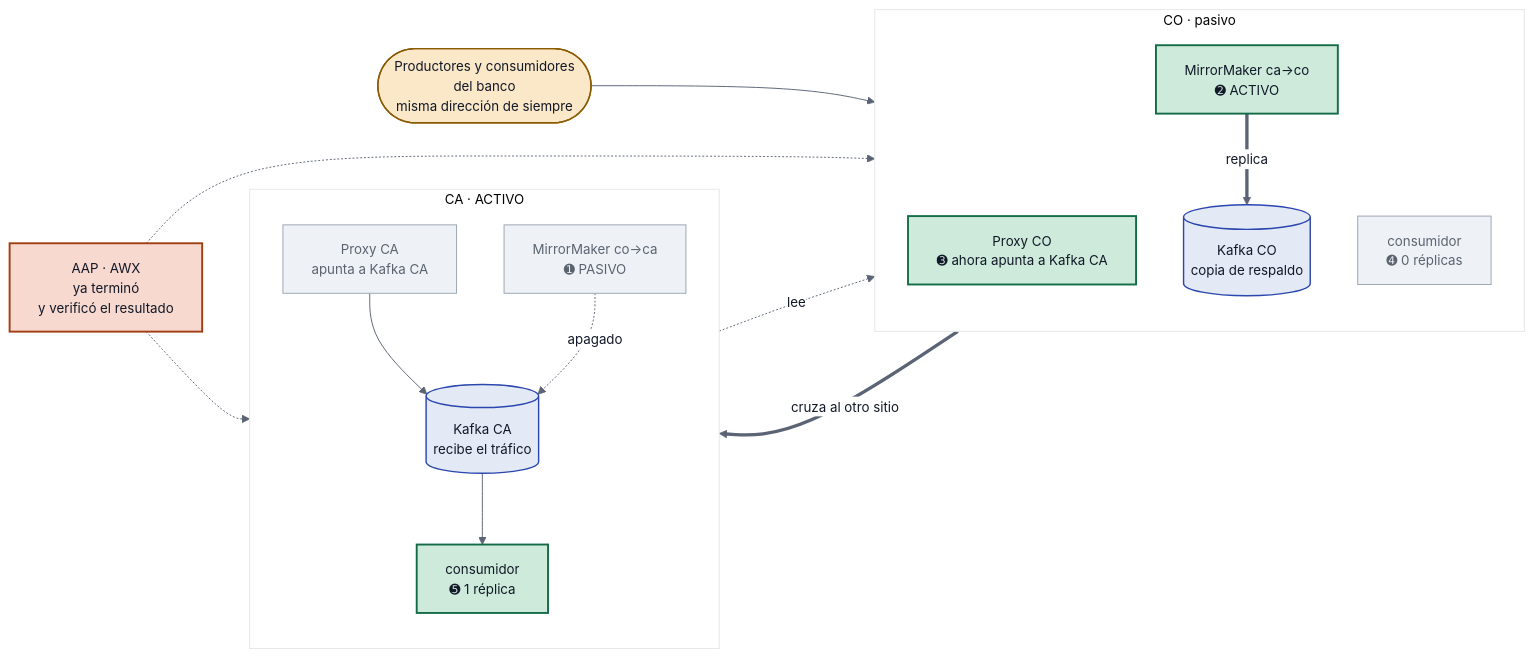
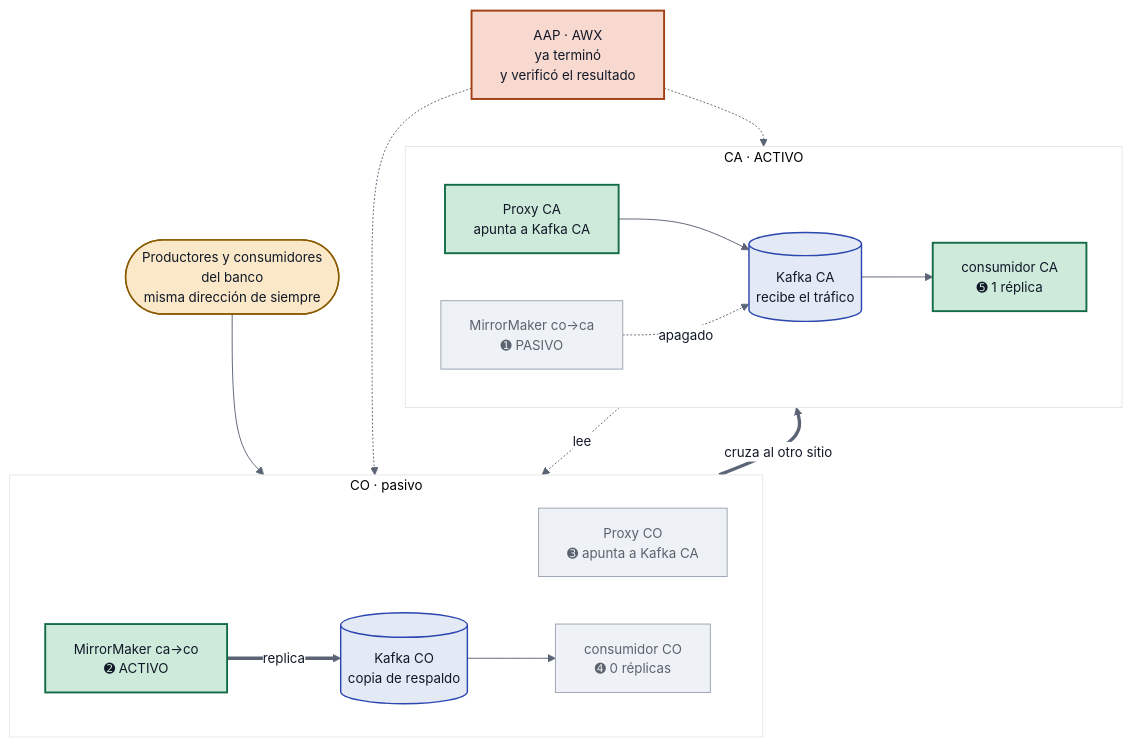
The second of 3 diagrams in README.md (Crittan01/aap-kafka-automation), drawn with Mermaid before and after one commit. The commit also changed other lines of this file, not shown here.

Commit message:
README: misma estructura en los dos diagramas de topologia
Mermaid los acomodaba distinto segun las flechas, asi que las piezas caian en
lugares diferentes y comparar antes contra despues no servia. Ahora los dos
declaran CO arriba y CA abajo, cada sitio como una banda horizontal y el mismo
orden de piezas: proxy, kafka, consumidor, mirrormaker. La unica diferencia
visible pasa a ser la que importa.

````diff
--- a/README.md
+++ b/README.md
@@ -95,44 +97,46 @@
 ```mermaid
 %%{init: {'theme':'base','themeVariables':{'primaryColor':'#eef2f7','primaryTextColor':'#111827','primaryBorderColor':'#5a6474','lineColor':'#5a6474','secondaryColor':'#e3eaf5','tertiaryColor':'#ffffff','background':'#ffffff','mainBkg':'#eef2f7','textColor':'#111827','edgeLabelBackground':'#ffffff','labelBackground':'#ffffff','labelBoxBkgColor':'#ffffff','labelTextColor':'#111827','fontSize':'14px'}}}%%
-flowchart LR
-    AAP["AAP · AWX<br/>ya terminó<br/>y verificó el resultado"]
+flowchart TB
     CLI([Productores y consumidores<br/>del banco<br/>misma dirección de siempre])
 
-    subgraph CO2["CO · pasivo"]
-        direction TB
-        PCO2["Proxy CO<br/>➌ ahora apunta a Kafka CA"]
-        KCO2[("Kafka CO<br/>copia de respaldo")]
-        ACO2["consumidor<br/>➍ 0 réplicas"]
-        MMA2["MirrorMaker ca→co<br/>➋ ACTIVO"]
+    subgraph CO["CO · pasivo"]
+        direction LR
+        PCO["Proxy CO<br/>➌ apunta a Kafka CA"]
+        KCO[("Kafka CO<br/>copia de respaldo")]
+        ACO["consumidor CO<br/>➍ 0 réplicas"]
+        MMA["MirrorMaker ca→co<br/>➋ ACTIVO"]
+        KCO --> ACO
+        MMA == "replica" ==> KCO
     end
 
-    subgraph CA2["CA · ACTIVO"]
-        direction TB
-        PCA2["Proxy CA<br/>apunta a Kafka CA"]
-        KCA2[("Kafka CA<br/>recibe el tráfico")]
-        ACA2["consumidor<br/>➎ 1 réplica"]
-        MMB2["MirrorMaker co→ca<br/>➊ PASIVO"]
+    subgraph CA["CA · ACTIVO"]
+        direction LR
+        PCA["Proxy CA<br/>apunta a Kafka CA"]
+        KCA[("Kafka CA<br/>recibe el tráfico")]
+        ACA["consumidor CA<br/>➎ 1 réplica"]
+        MMB["MirrorMaker co→ca<br/>➊ PASIVO"]
+        PCA --> KCA
+        KCA --> ACA
+        MMB -. "apagado" .-> KCA
     end
 
-    AAP -.-> CO2
-    AAP -.-> CA2
-    CLI --> PCO2
-    PCO2 == "cruza al otro sitio" ==> KCA2
-    KCA2 --> ACA2
-    KCA2 -. "lee" .-> MMA2
-    MMA2 == "replica" ==> KCO2
-    PCA2 --> KCA2
-    MMB2 -. "apagado" .-> KCA2
+    AAP["AAP · AWX<br/>ya terminó<br/>y verificó el resultado"]
+
+    CLI --> PCO
+    PCO == "cruza al otro sitio" ==> KCA
+    KCA -. "lee" .-> MMA
+    AAP -.-> CO
+    AAP -.-> CA
 
     classDef activo   fill:#cdeadb,stroke:#136c46,color:#111827,stroke-width:2px
     classDef pasivo   fill:#eef2f7,stroke:#9aa4b0,color:#5a636e,stroke-width:1px
     classDef kafka    fill:#e3eaf5,stroke:#2b46ae,color:#111827,stroke-width:1.5px
     classDef externo  fill:#fae8c8,stroke:#8a5a00,color:#111827,stroke-width:1.5px
     classDef orquesta fill:#f7d9cf,stroke:#a13d12,color:#111827,stroke-width:2px
 
-    class PCO2,ACA2,MMA2 activo
-    class PCA2,ACO2,MMB2 pasivo
-    class KCO2,KCA2 kafka
+    class PCA,KCA,ACA,MMA activo
+    class PCO,ACO,MMB pasivo
+    class KCO,KCA kafka
     class CLI externo
     class AAP orquesta
 ```
````
